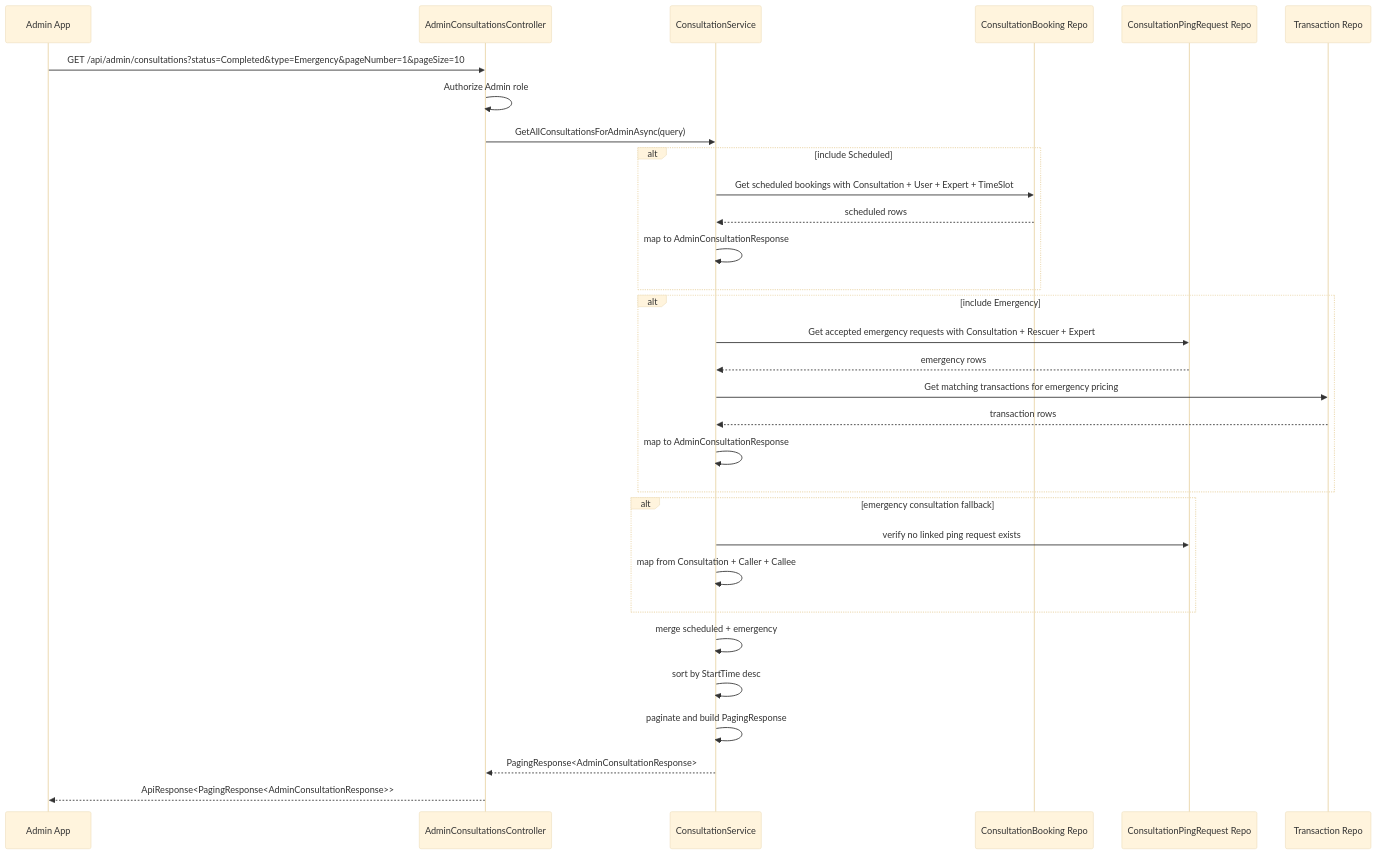
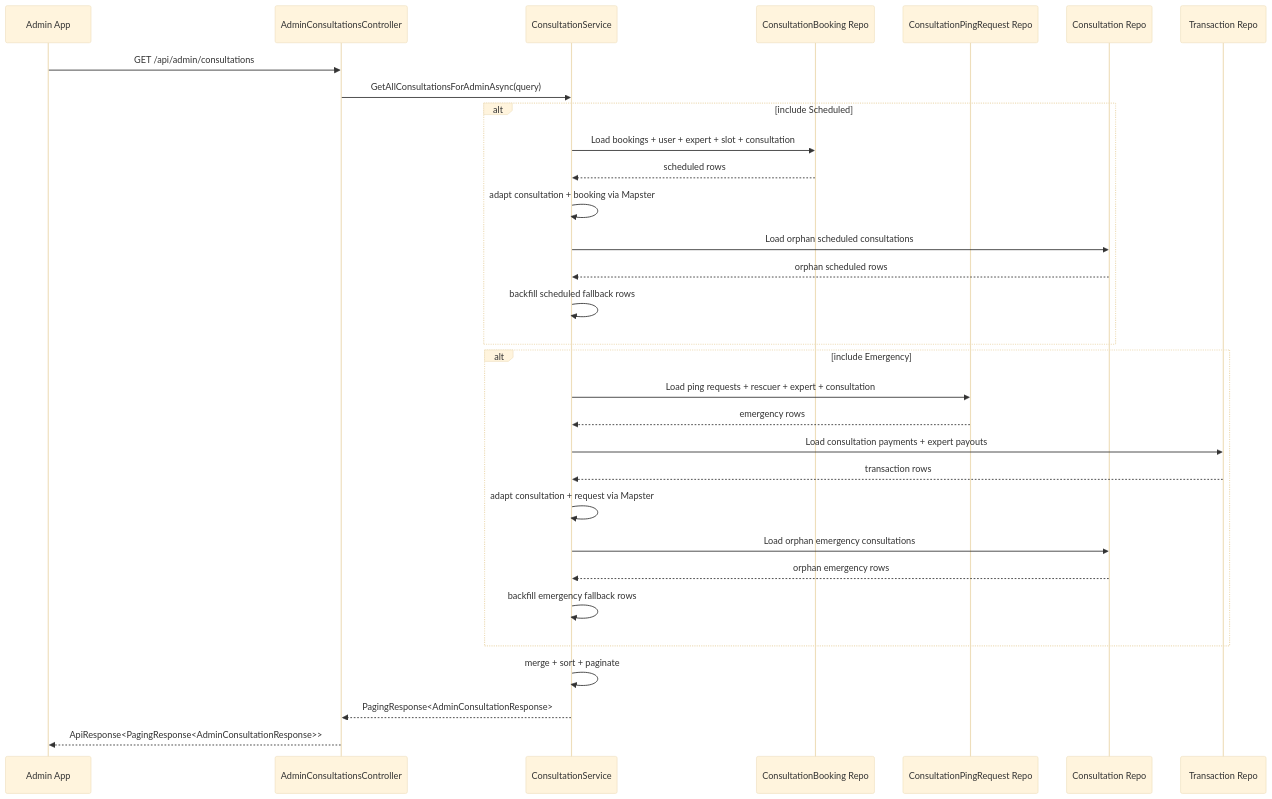
Before and after one commit to Snake-AID/SnakeAid.Docs: the second of 3 diagrams in Docs/05-Backend/02-layers/admin-consultation-history/admin-consultation-history.sourcecode.md, drawn with Mermaid (base theme). The commit also changed other lines of this file and 3 other files, not shown here.

First line of the commit message:
Update admin consultation history documentation and implementation details

````diff
--- a/Docs/05-Backend/02-layers/admin-consultation-history/admin-consultation-history.sourcecode.md
+++ b/Docs/05-Backend/02-layers/admin-consultation-history/admin-consultation-history.sourcecode.md
@@ -136,38 +183,37 @@
 ```mermaid
 sequenceDiagram
     participant AdminApp as Admin App
     participant Controller as AdminConsultationsController
     participant Service as ConsultationService
     participant BookingRepo as ConsultationBooking Repo
     participant PingRepo as ConsultationPingRequest Repo
+    participant ConsultationRepo as Consultation Repo
     participant TxRepo as Transaction Repo
 
-    AdminApp->>Controller: GET /api/admin/consultations?status=Completed&type=Emergency&pageNumber=1&pageSize=10
-    Controller->>Controller: Authorize Admin role
+    AdminApp->>Controller: GET /api/admin/consultations
     Controller->>Service: GetAllConsultationsForAdminAsync(query)
 
     alt include Scheduled
-        Service->>BookingRepo: Get scheduled bookings with Consultation + User + Expert + TimeSlot
+        Service->>BookingRepo: Load bookings + user + expert + slot + consultation
         BookingRepo-->>Service: scheduled rows
-        Service->>Service: map to AdminConsultationResponse
+        Service->>Service: adapt consultation + booking via Mapster
+        Service->>ConsultationRepo: Load orphan scheduled consultations
+        ConsultationRepo-->>Service: orphan scheduled rows
+        Service->>Service: backfill scheduled fallback rows
     end
 
     alt include Emergency
-        Service->>PingRepo: Get accepted emergency requests with Consultation + Rescuer + Expert
+        Service->>PingRepo: Load ping requests + rescuer + expert + consultation
         PingRepo-->>Service: emergency rows
-        Service->>TxRepo: Get matching transactions for emergency pricing
+        Service->>TxRepo: Load consultation payments + expert payouts
         TxRepo-->>Service: transaction rows
-        Service->>Service: map to AdminConsultationResponse
+        Service->>Service: adapt consultation + request via Mapster
+        Service->>ConsultationRepo: Load orphan emergency consultations
+        ConsultationRepo-->>Service: orphan emergency rows
+        Service->>Service: backfill emergency fallback rows
     end
 
-    alt emergency consultation fallback
-        Service->>PingRepo: verify no linked ping request exists
-        Service->>Service: map from Consultation + Caller + Callee
-    end
-
-    Service->>Service: merge scheduled + emergency
-    Service->>Service: sort by StartTime desc
-    Service->>Service: paginate and build PagingResponse
+    Service->>Service: merge + sort + paginate
     Service-->>Controller: PagingResponse<AdminConsultationResponse>
     Controller-->>AdminApp: ApiResponse<PagingResponse<AdminConsultationResponse>>
 ```
````
